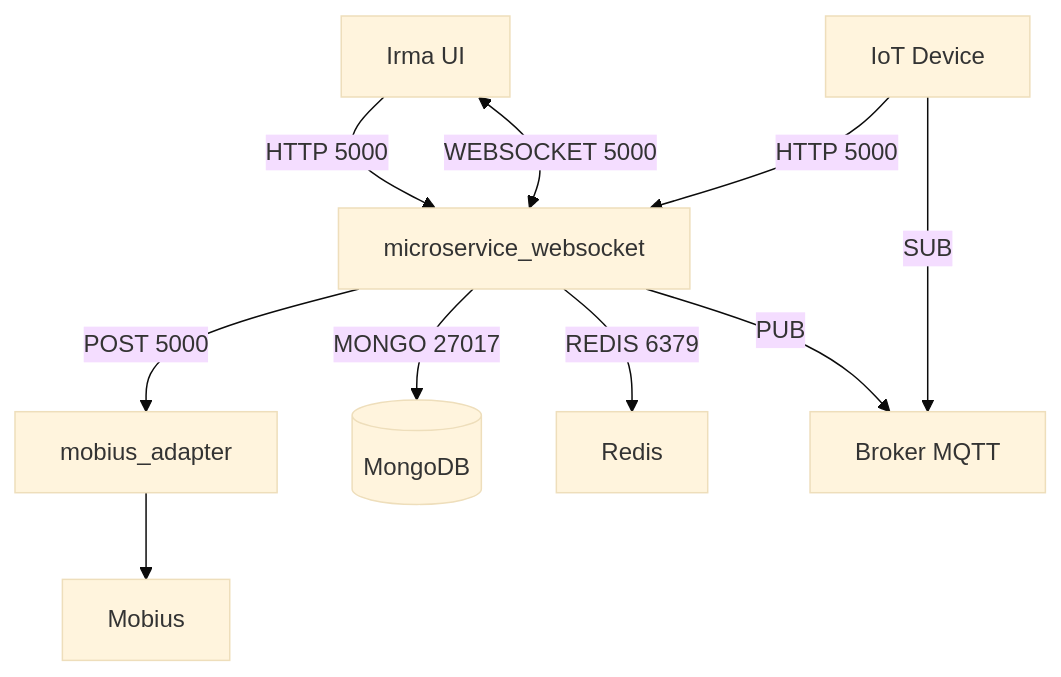
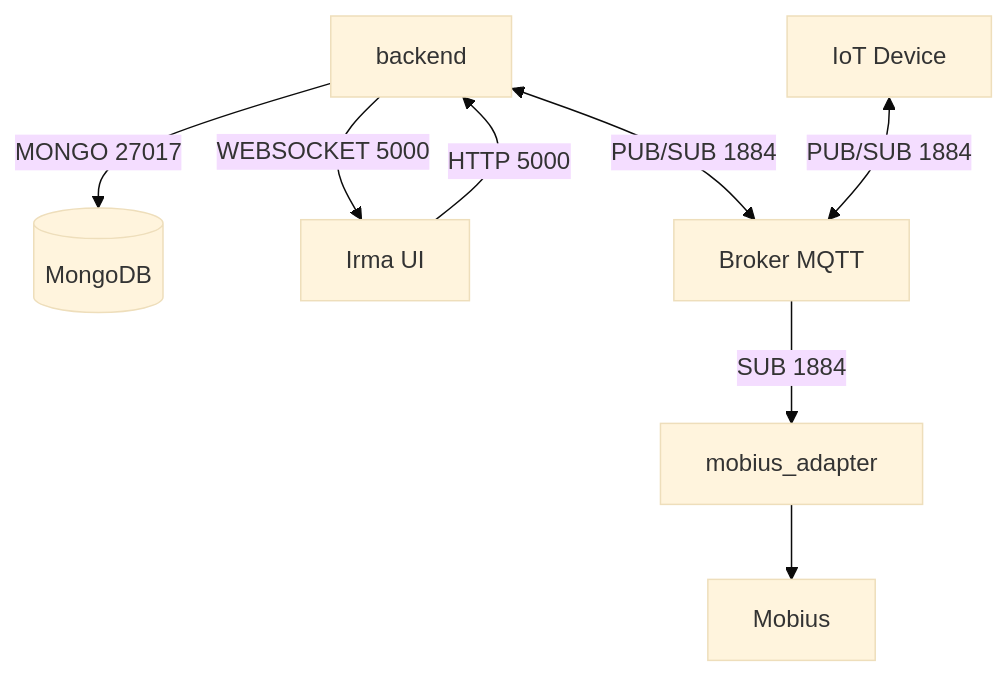
The diagram in graphs/scada_structure.mmd (monemasrl/irma), drawn with Mermaid (base theme) before and after one commit. The commit also changed 8 other files, not shown here.

```diff
--- a/graphs/scada_structure.mmd
+++ b/graphs/scada_structure.mmd
@@ -1,22 +1,19 @@
 flowchart TD;
 
-msw[microservice_websocket]
+mongo[(MongoDB)]
+b[backend]
 mobius[Mobius]
 ma[mobius_adapter]
 irma-ui[Irma UI]
 mqtt[Broker MQTT]
-redis[Redis]
-mongo[(MongoDB)]
 
 iot[IoT Device]
 
-msw -- POST 5000 --> ma
+b -- MONGO 27017 --> mongo
 ma --> mobius
-msw -- MONGO 27017 --> mongo
-irma-ui -- HTTP 5000 --> msw
-iot -- HTTP 5000 --> msw
-irma-ui <-- WEBSOCKET 5000 --> msw
-msw -- REDIS 6379 --> redis
+irma-ui -- HTTP 5000 --> b
+b -- WEBSOCKET 5000 --> irma-ui
 
-msw -- PUB --> mqtt
-iot -- SUB --> mqtt
+b <-- PUB/SUB 1884 --> mqtt
+iot <-- PUB/SUB 1884 --> mqtt
+mqtt -- SUB 1884 --> ma
```
